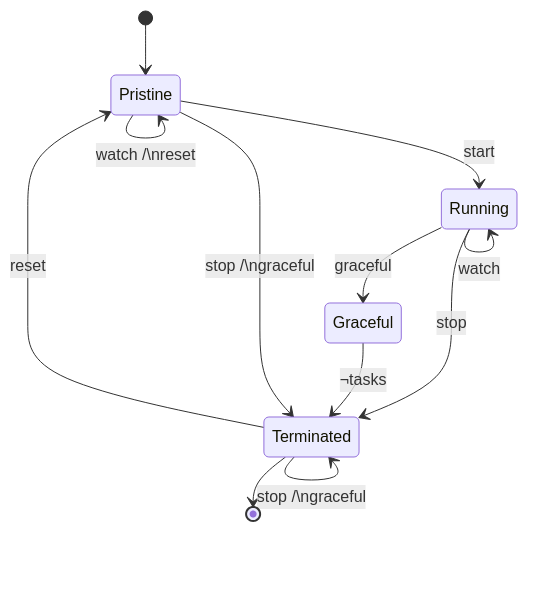
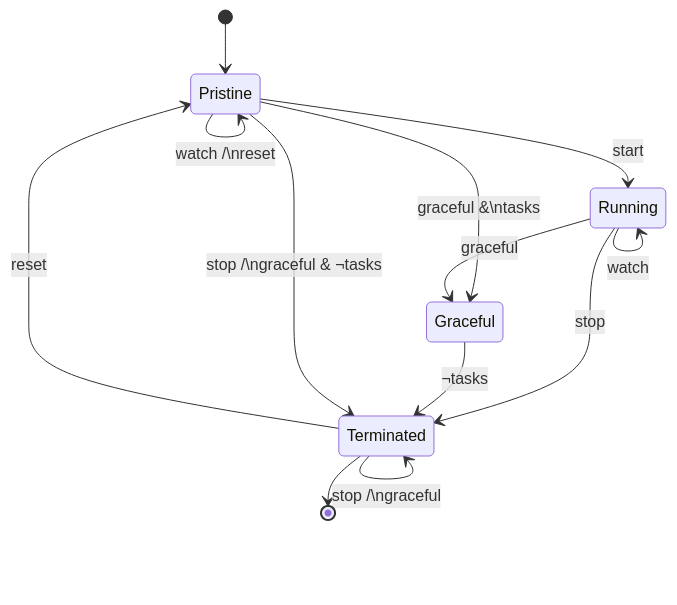
One commit to Fs2a/fs2a changed the diagram in README.md. Above: the diagram before and after it, drawn with Mermaid.

Commit message:
docs(ThreadedTasker): Better state handling

````diff
--- a/README.md
+++ b/README.md
@@ -12,14 +12,15 @@
 ```mermaid
 stateDiagram-v2
 [*] --> Pristine
 Pristine --> Pristine: watch /\nreset
 Pristine --> Running: start
+Pristine --> Graceful: graceful &\ntasks
 Running --> Running: watch
 Running --> Graceful: graceful
 Running --> Terminated: stop
 Graceful --> Terminated: ¬tasks
-Pristine --> Terminated: stop /\ngraceful
+Pristine --> Terminated: stop /\ngraceful & ¬tasks
 Terminated --> Pristine: reset
 Terminated --> Terminated: stop /\ngraceful
 Terminated --> [*]
 ```
````
